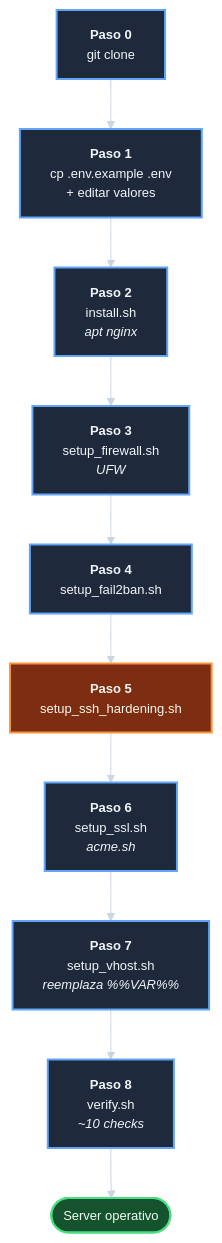
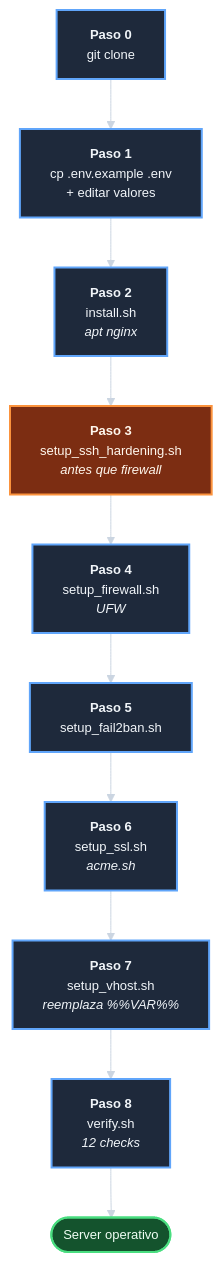
The first of 2 diagrams in docs/operaciones.md (jcg-admin/template-ecommerce-server), drawn with Mermaid before and after one commit. The commit also changed other lines of this file and 3 other files, not shown here.

````diff
--- a/docs/operaciones.md
+++ b/docs/operaciones.md
@@ -82,40 +79,40 @@
 ```mermaid
 %%{init: {'theme':'base', 'themeVariables': {
   'background': '#0f172a',
   'primaryColor': '#1e293b',
   'primaryTextColor': '#f1f5f9',
   'primaryBorderColor': '#94a3b8',
   'lineColor': '#cbd5e1',
   'secondaryColor': '#334155',
   'fontSize': '13px'
 }}}%%
 flowchart TD
     paso_0_clonar["<b>Paso 0</b><br/>git clone"]
     paso_1_env["<b>Paso 1</b><br/>cp .env.example .env<br/>+ editar valores"]
     paso_2_install_nginx["<b>Paso 2</b><br/>install.sh<br/><i>apt nginx</i>"]
-    paso_3_firewall_ufw["<b>Paso 3</b><br/>setup_firewall.sh<br/><i>UFW</i>"]
-    paso_4_fail2ban["<b>Paso 4</b><br/>setup_fail2ban.sh"]
-    paso_5_ssh_hardening["<b>Paso 5</b><br/>setup_ssh_hardening.sh"]
+    paso_3_ssh_hardening["<b>Paso 3</b><br/>setup_ssh_hardening.sh<br/><i>antes que firewall</i>"]
+    paso_4_firewall_ufw["<b>Paso 4</b><br/>setup_firewall.sh<br/><i>UFW</i>"]
+    paso_5_fail2ban["<b>Paso 5</b><br/>setup_fail2ban.sh"]
     paso_6_ssl_acme["<b>Paso 6</b><br/>setup_ssl.sh<br/><i>acme.sh</i>"]
     paso_7_setup_vhost["<b>Paso 7</b><br/>setup_vhost.sh<br/><i>reemplaza %%VAR%%</i>"]
-    paso_8_verify_health["<b>Paso 8</b><br/>verify.sh<br/><i>~10 checks</i>"]
+    paso_8_verify_health["<b>Paso 8</b><br/>verify.sh<br/><i>12 checks</i>"]
     server_operativo(["Server operativo"])
 
     paso_0_clonar --> paso_1_env
     paso_1_env --> paso_2_install_nginx
-    paso_2_install_nginx --> paso_3_firewall_ufw
-    paso_3_firewall_ufw --> paso_4_fail2ban
-    paso_4_fail2ban --> paso_5_ssh_hardening
-    paso_5_ssh_hardening --> paso_6_ssl_acme
+    paso_2_install_nginx --> paso_3_ssh_hardening
+    paso_3_ssh_hardening --> paso_4_firewall_ufw
+    paso_4_firewall_ufw --> paso_5_fail2ban
+    paso_5_fail2ban --> paso_6_ssl_acme
     paso_6_ssl_acme --> paso_7_setup_vhost
     paso_7_setup_vhost --> paso_8_verify_health
     paso_8_verify_health --> server_operativo
 
     classDef stepNode fill:#1e293b,stroke:#60a5fa,stroke-width:2px,color:#f1f5f9
     classDef warnNode fill:#7c2d12,stroke:#fb923c,stroke-width:2px,color:#fff7ed
     classDef doneNode fill:#14532d,stroke:#4ade80,stroke-width:2px,color:#f0fdf4
 
-    class paso_0_clonar,paso_1_env,paso_2_install_nginx,paso_3_firewall_ufw,paso_4_fail2ban,paso_6_ssl_acme,paso_7_setup_vhost,paso_8_verify_health stepNode
-    class paso_5_ssh_hardening warnNode
+    class paso_0_clonar,paso_1_env,paso_2_install_nginx,paso_4_firewall_ufw,paso_5_fail2ban,paso_6_ssl_acme,paso_7_setup_vhost,paso_8_verify_health stepNode
+    class paso_3_ssh_hardening warnNode
     class server_operativo doneNode
 ```
````
